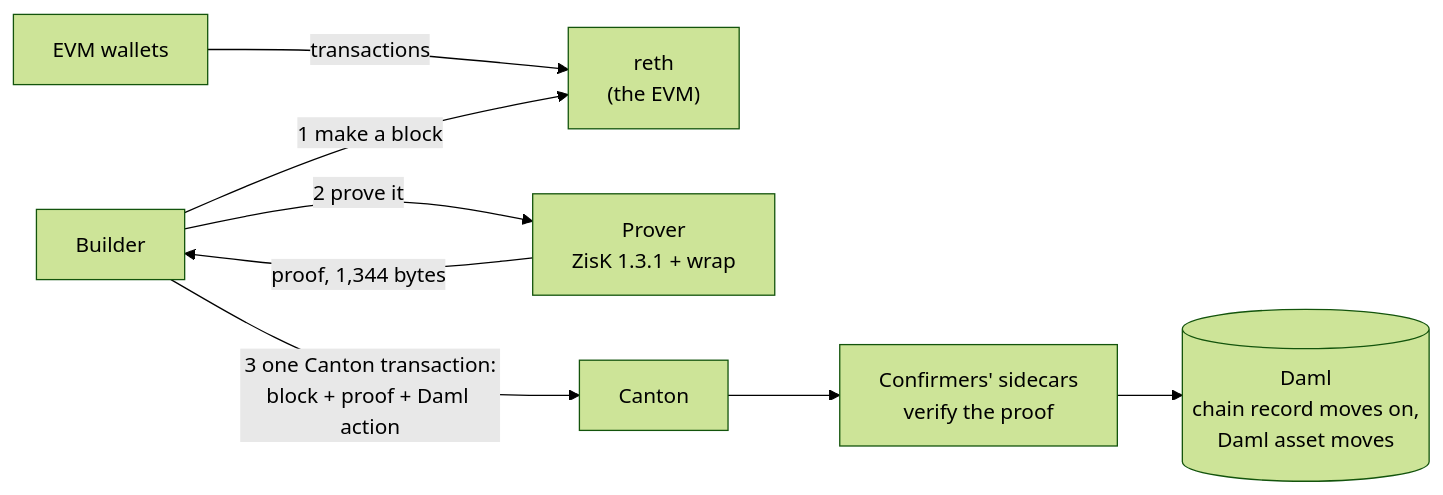
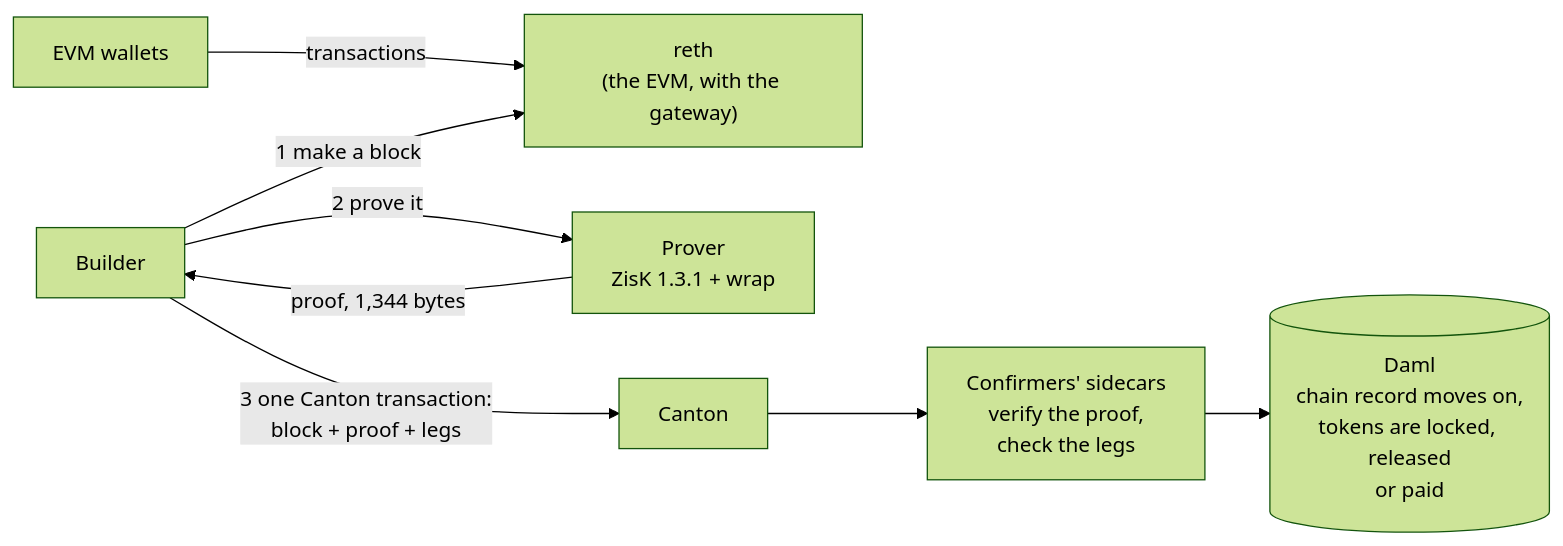
Before and after one commit to rome-protocol/canton-zk-evm: the diagram in docs/DESIGN.md, drawn with Mermaid (forest theme). The commit also changed other lines of this file and 19 other files, not shown here.

Commit message:
Gateway: the GPU run's results, and the documents for the gateway and payment-specific legs

````diff
--- a/docs/DESIGN.md
+++ b/docs/DESIGN.md
@@ -13,10 +21,10 @@
 ```mermaid
 flowchart LR
-  W["EVM wallets"] -->|transactions| R["reth<br/>(the EVM)"]
+  W["EVM wallets"] -->|transactions| R["reth<br/>(the EVM, with the gateway)"]
   B["Builder"] -->|"1 make a block"| R
   B -->|"2 prove it"| P["Prover<br/>ZisK 1.3.1 + wrap"]
   P -->|"proof, 1,344 bytes"| B
-  B -->|"3 one Canton transaction:<br/>block + proof + Daml action"| C["Canton"]
-  C --> X["Confirmers' sidecars<br/>verify the proof"]
-  X --> D[("Daml<br/>chain record moves on,<br/>Daml asset moves")]
+  B -->|"3 one Canton transaction:<br/>block + proof + legs"| C["Canton"]
+  C --> X["Confirmers' sidecars<br/>verify the proof,<br/>check the legs"]
+  X --> D[("Daml<br/>chain record moves on,<br/>tokens are locked, released<br/>or paid")]
 ```
````
